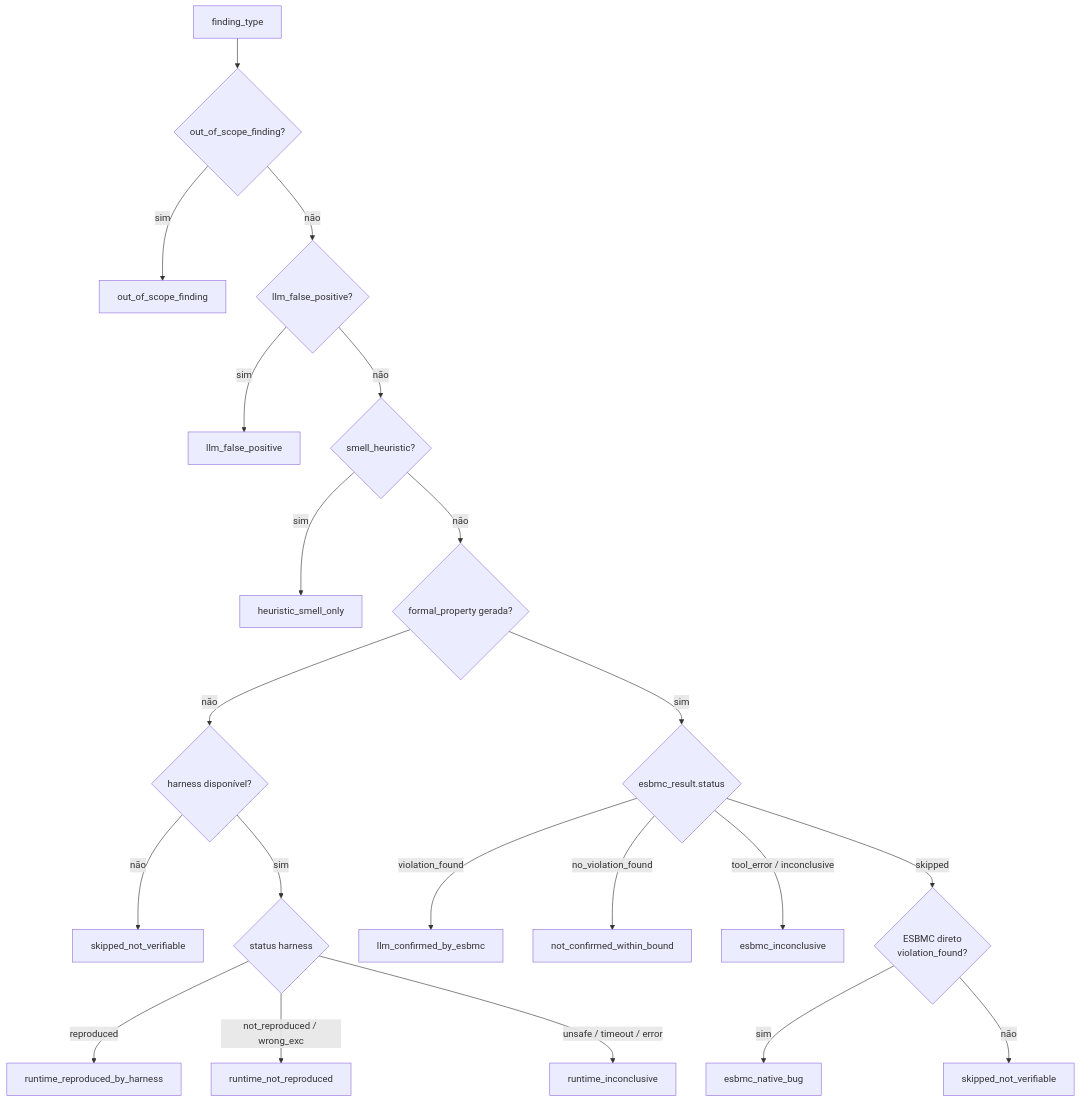
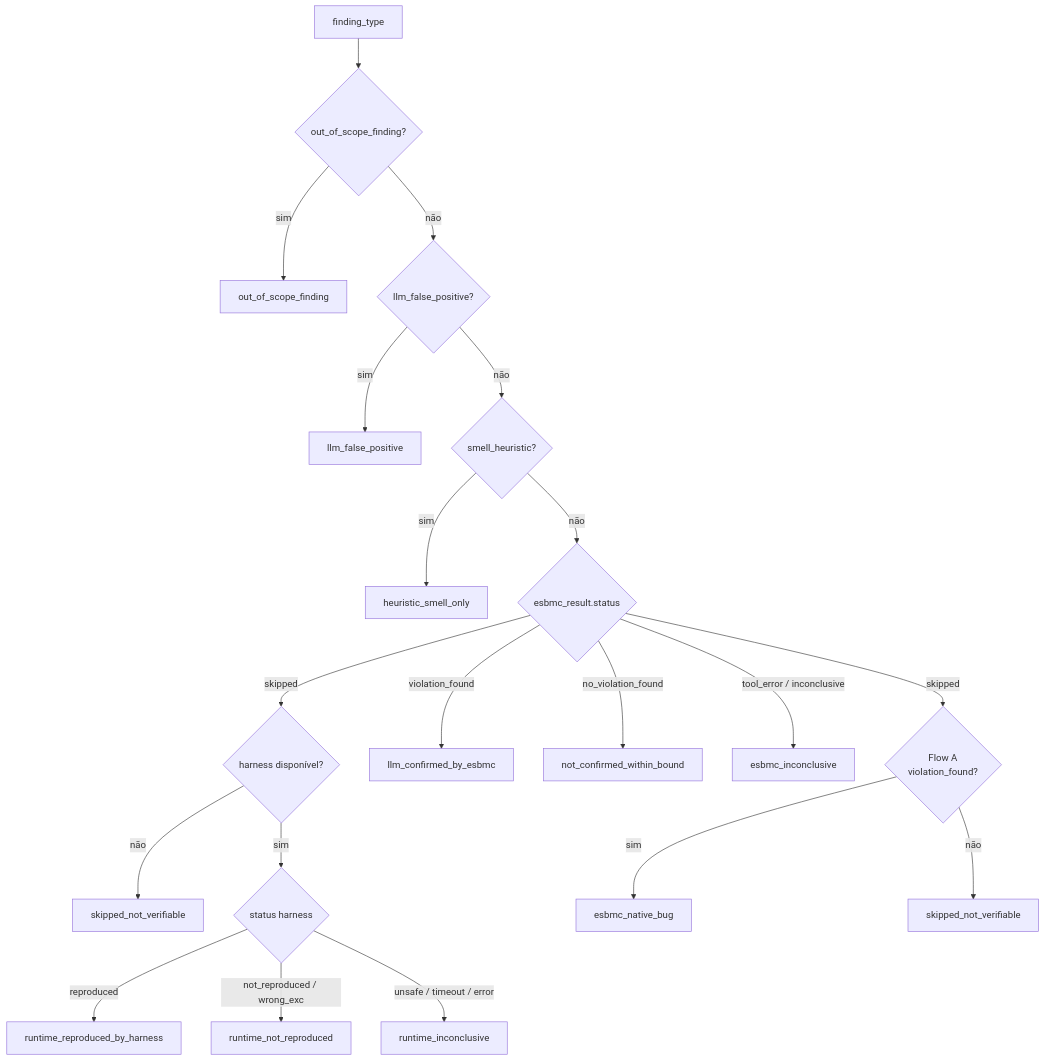
Before and after one commit to feralice/llm-esbmc-pipeline: the diagram in docs/classification.md, drawn with Mermaid. The commit also changed other lines of this file and 38 other files, not shown here.

Commit message:
Pipeline refactoring: using the --function  feature in esbmc to simplify the pipeline. esbmc-only workflow, llm+esbmc, and llm-only

````diff
--- a/docs/classification.md
+++ b/docs/classification.md
@@ -5,23 +5,22 @@
 ```mermaid
 flowchart TD
     A[finding_type] --> B{out_of_scope_finding?}
     B -- sim --> OOS[out_of_scope_finding]
     B -- não --> C{llm_false_positive?}
     C -- sim --> FP[llm_false_positive]
     C -- não --> D{smell_heuristic?}
     D -- sim --> SMELL[heuristic_smell_only]
-    D -- não --> E{formal_property gerada?}
-    E -- não --> F{harness disponível?}
+    D -- não --> E{esbmc_result.status}
+    E -- skipped --> F{harness disponível?}
     F -- não --> SKIP[skipped_not_verifiable]
     F -- sim --> G{status harness}
     G -- reproduced --> REPR[runtime_reproduced_by_harness]
     G -- not_reproduced / wrong_exc --> NR[runtime_not_reproduced]
     G -- unsafe / timeout / error --> RI[runtime_inconclusive]
-    E -- sim --> H{esbmc_result.status}
-    H -- violation_found --> CONF[llm_confirmed_by_esbmc]
-    H -- no_violation_found --> NC[not_confirmed_within_bound]
-    H -- tool_error / inconclusive --> INC[esbmc_inconclusive]
-    H -- skipped --> K{ESBMC direto\nviolation_found?}
+    E -- violation_found --> CONF[llm_confirmed_by_esbmc]
+    E -- no_violation_found --> NC[not_confirmed_within_bound]
+    E -- tool_error / inconclusive --> INC[esbmc_inconclusive]
+    E -- skipped --> K{Flow A\nviolation_found?}
     K -- sim --> NATIVE[esbmc_native_bug]
     K -- não --> SKIP2[skipped_not_verifiable]
 ```
````
